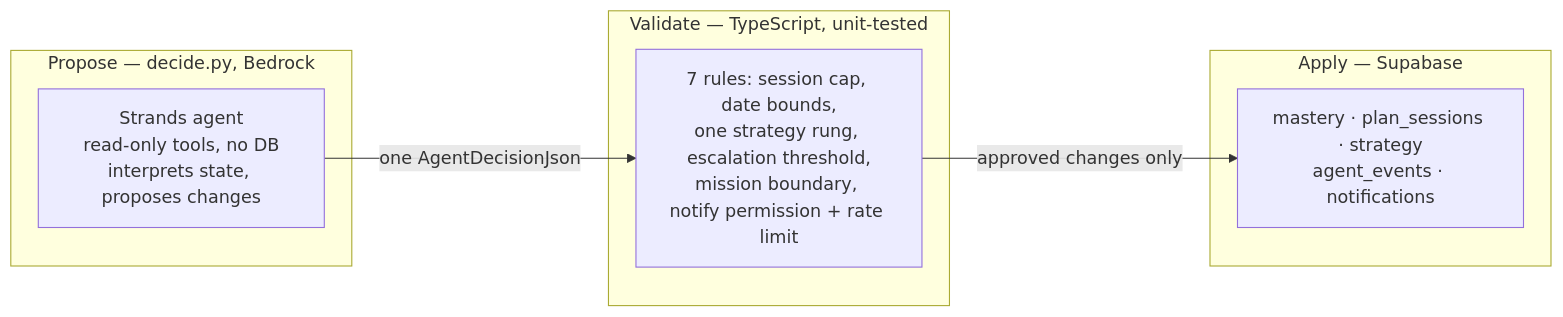
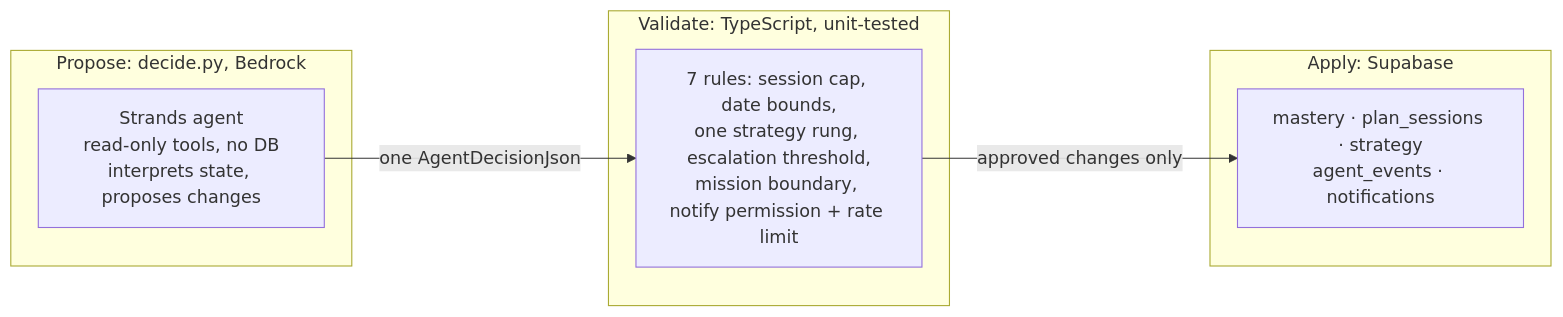
The fifth of 6 diagrams in README.md (Hloniphani-Dube/Arcadedu), drawn with Mermaid before and after one commit. The commit also changed other lines of this file and 49 other files, not shown here.

````diff
--- a/README.md
+++ b/README.md
@@ -253,13 +255,13 @@
 ```mermaid
 flowchart LR
-    subgraph Propose["Propose — decide.py, Bedrock"]
+    subgraph Propose["Propose: decide.py, Bedrock"]
         Strands["Strands agent\nread-only tools, no DB\ninterprets state, proposes changes"]
     end
-    subgraph Validate["Validate — TypeScript, unit-tested"]
+    subgraph Validate["Validate: TypeScript, unit-tested"]
         Gate["7 rules: session cap, date bounds,\none strategy rung, escalation threshold,\nmission boundary, notify permission + rate limit"]
     end
-    subgraph Apply["Apply — Supabase"]
+    subgraph Apply["Apply: Supabase"]
         DB["mastery · plan_sessions · strategy\nagent_events · notifications"]
     end
     Strands -- "one AgentDecisionJson" --> Gate -- "approved changes only" --> DB
 ```
````
